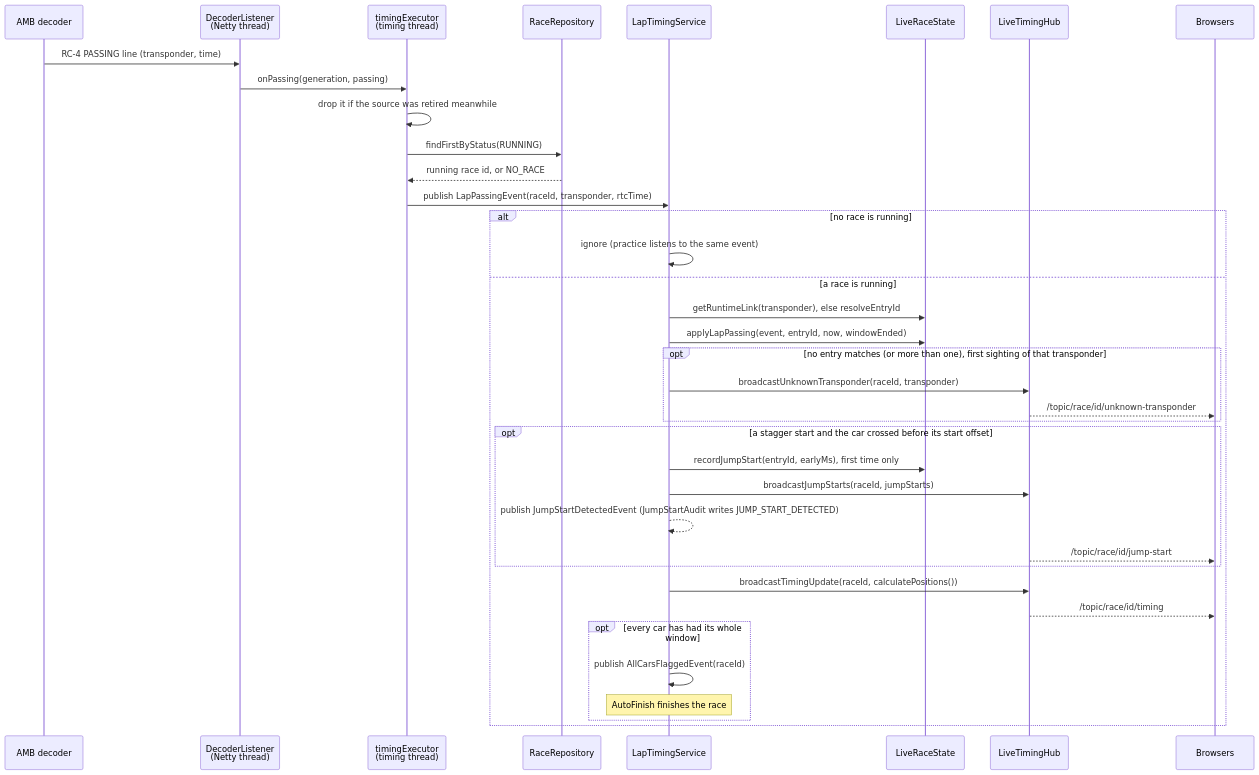
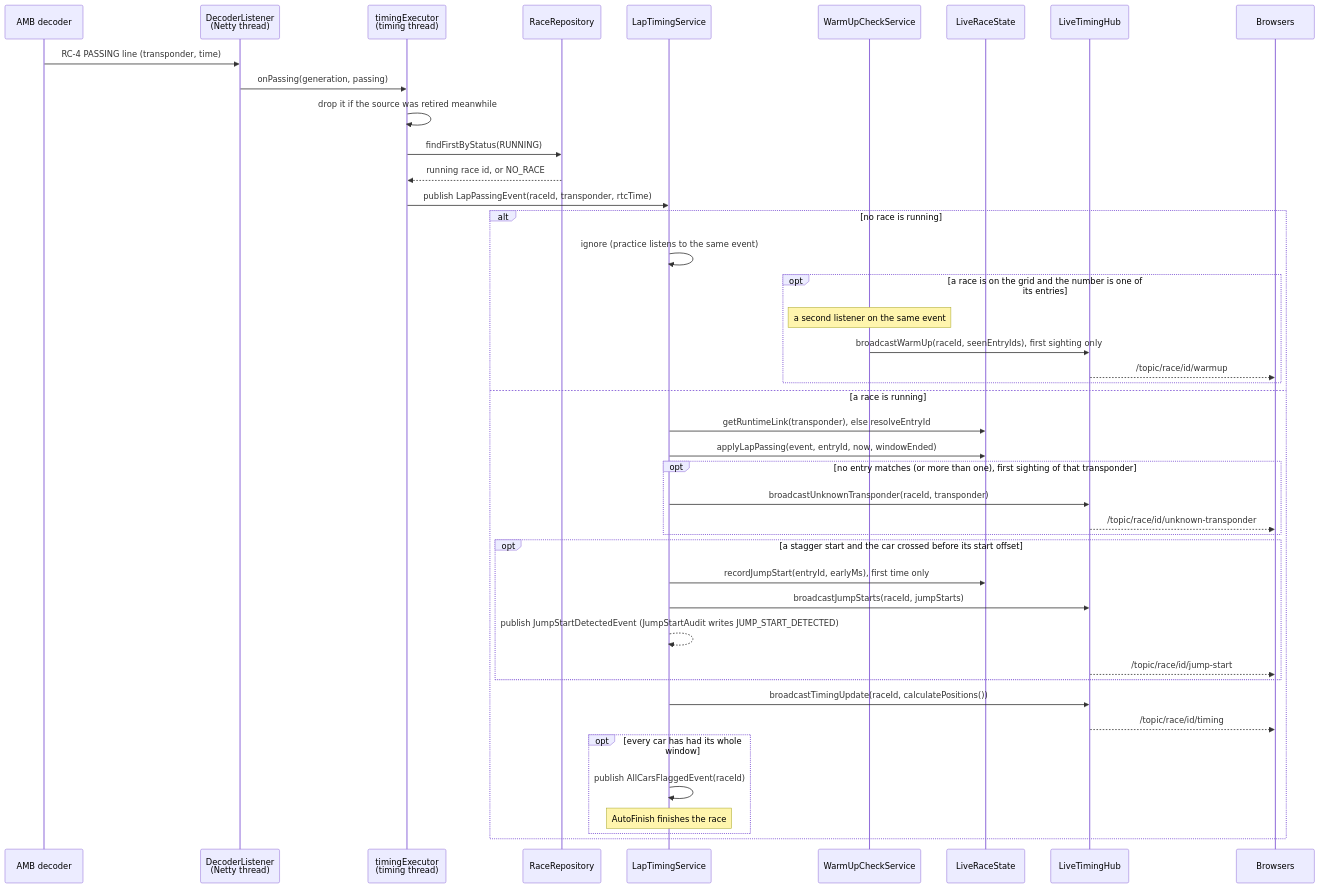
One commit to RCRaceHub/RCTimingControl changed the first of 10 diagrams in docs/developer/sequences.md. Above: the diagram before and after it, drawn with Mermaid. The commit also changed 16 other files, not shown here.

First line of the commit message:
Wishlist small items, batch 3: warm-up transponder check (#482) (#490)

````diff
--- a/docs/developer/sequences.md
+++ b/docs/developer/sequences.md
@@ -18,40 +18,46 @@
 ```mermaid
 sequenceDiagram
     participant Dec as AMB decoder
     participant DL as DecoderListener<br/>(Netty thread)
     participant TE as timingExecutor<br/>(timing thread)
     participant RR as RaceRepository
     participant LTS as LapTimingService
+    participant WU as WarmUpCheckService
     participant LRS as LiveRaceState
     participant Hub as LiveTimingHub
     participant B as Browsers
 
     Dec->>DL: RC-4 PASSING line (transponder, time)
     DL->>TE: onPassing(generation, passing)
     TE->>TE: drop it if the source was retired meanwhile
     TE->>RR: findFirstByStatus(RUNNING)
     RR-->>TE: running race id, or NO_RACE
     TE->>LTS: publish LapPassingEvent(raceId, transponder, rtcTime)
     alt no race is running
         LTS->>LTS: ignore (practice listens to the same event)
+        opt a race is on the grid and the number is one of its entries
+            Note over WU: a second listener on the same event
+            WU->>Hub: broadcastWarmUp(raceId, seenEntryIds), first sighting only
+            Hub-->>B: /topic/race/id/warmup
+        end
     else a race is running
         LTS->>LRS: getRuntimeLink(transponder), else resolveEntryId
         LTS->>LRS: applyLapPassing(event, entryId, now, windowEnded)
         opt no entry matches (or more than one), first sighting of that transponder
             LTS->>Hub: broadcastUnknownTransponder(raceId, transponder)
             Hub-->>B: /topic/race/id/unknown-transponder
         end
         opt a stagger start and the car crossed before its start offset
             LTS->>LRS: recordJumpStart(entryId, earlyMs), first time only
             LTS->>Hub: broadcastJumpStarts(raceId, jumpStarts)
             LTS-->>LTS: publish JumpStartDetectedEvent (JumpStartAudit writes JUMP_START_DETECTED)
             Hub-->>B: /topic/race/id/jump-start
         end
         LTS->>Hub: broadcastTimingUpdate(raceId, calculatePositions())
         Hub-->>B: /topic/race/id/timing
         opt every car has had its whole window
             LTS->>LTS: publish AllCarsFlaggedEvent(raceId)
             Note over LTS: AutoFinish finishes the race
         end
     end
 ```
````
